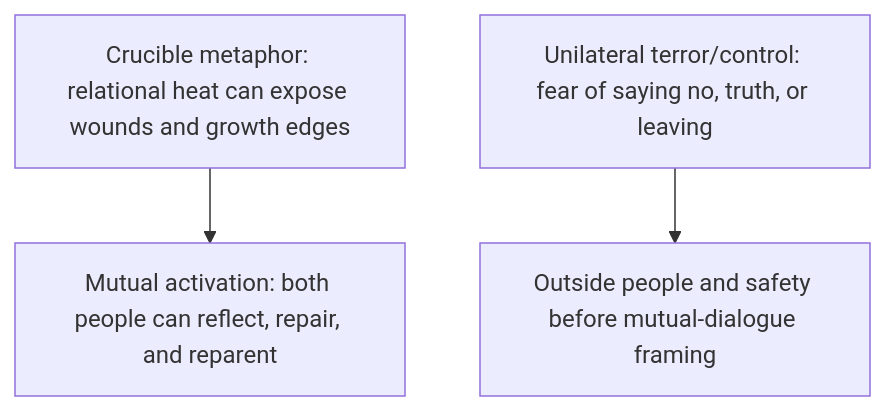
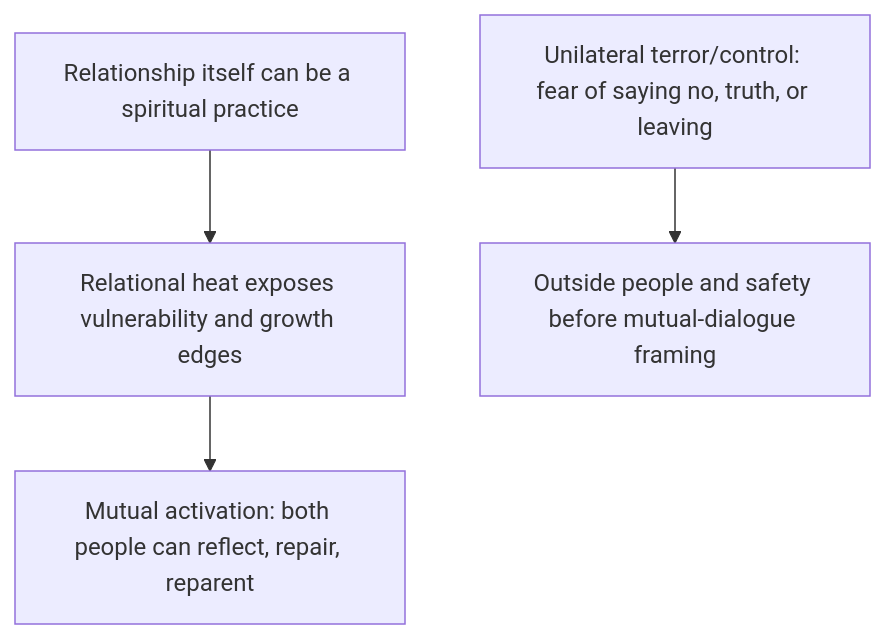
The eighth of 14 diagrams in work/romance-current-assembly/ARCHITECTURE.md (u-dont-existDOTcom/pangram-humanization-lab), drawn with Mermaid before and after one commit. The commit also changed other lines of this file, not shown here.

Commit message:
state: sync Romance architecture to Toft Anami pass

````diff
--- a/work/romance-current-assembly/ARCHITECTURE.md
+++ b/work/romance-current-assembly/ARCHITECTURE.md
@@ -103,10 +147,11 @@
 ```mermaid
 flowchart TD
-    crucible["Crucible metaphor: relational heat can expose wounds and growth edges"]
-    mutual["Mutual activation: both people can reflect, repair, and reparent"]
+    spiritual["Relationship itself can be a spiritual practice"]
+    crucible["Relational heat exposes vulnerability and growth edges"]
+    mutual["Mutual activation: both people can reflect, repair, reparent"]
     coercion["Unilateral terror/control: fear of saying no, truth, or leaving"]
     safety["Outside people and safety before mutual-dialogue framing"]
 
-    crucible --> mutual
+    spiritual --> crucible --> mutual
     coercion --> safety
 ```
````
